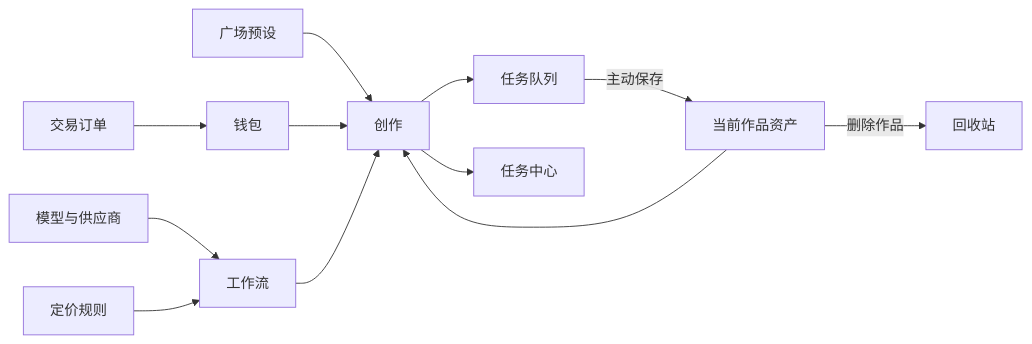
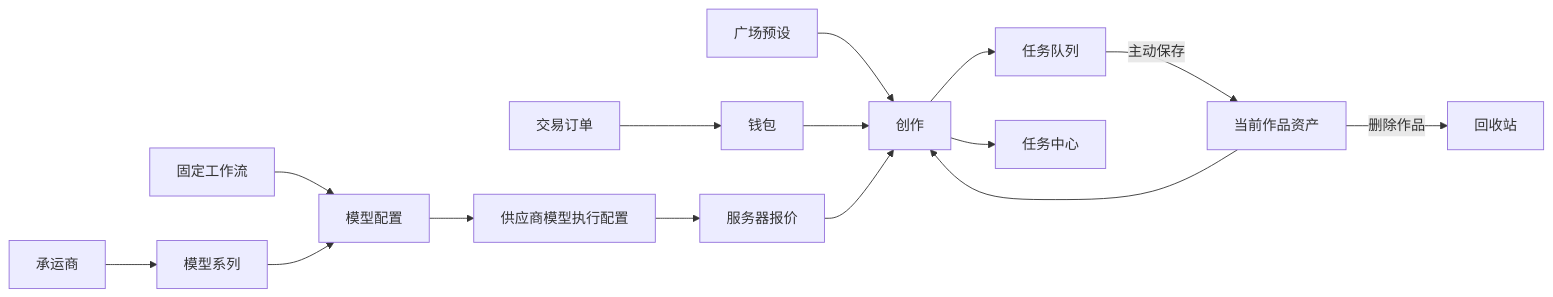
Before and after one commit to fjl-gj/sub2video: the diagram in docs/原型设计/信息架构.md, drawn with Mermaid. The commit also changed other lines of this file and 66 other files, not shown here.

````diff
--- a/docs/原型设计/信息架构.md
+++ b/docs/原型设计/信息架构.md
@@ -50,15 +48,18 @@
 ```mermaid
 flowchart LR
   Garden[广场预设] --> Create[创作]
   Assets[当前作品资产] --> Create
   Create --> TasksQ[任务队列]
   TasksQ -->|主动保存| Assets
   Assets -->|删除作品| Trash[回收站]
   Wallet[钱包] --> Create
 
-  Provider[模型与供应商] --> Workflow[工作流]
-  Pricing[定价规则] --> Workflow
-  Workflow --> Create
+  Workflow[固定工作流] --> ModelConfig[模型配置]
+  Carrier[承运商] --> Model[模型系列]
+  Model --> ModelConfig
+  ModelConfig --> Offering[供应商模型执行配置]
+  Offering --> Quote[服务器报价]
+  Quote --> Create
   Create --> Tasks[任务中心]
   Orders[交易订单] --> Wallet
 ```
````
